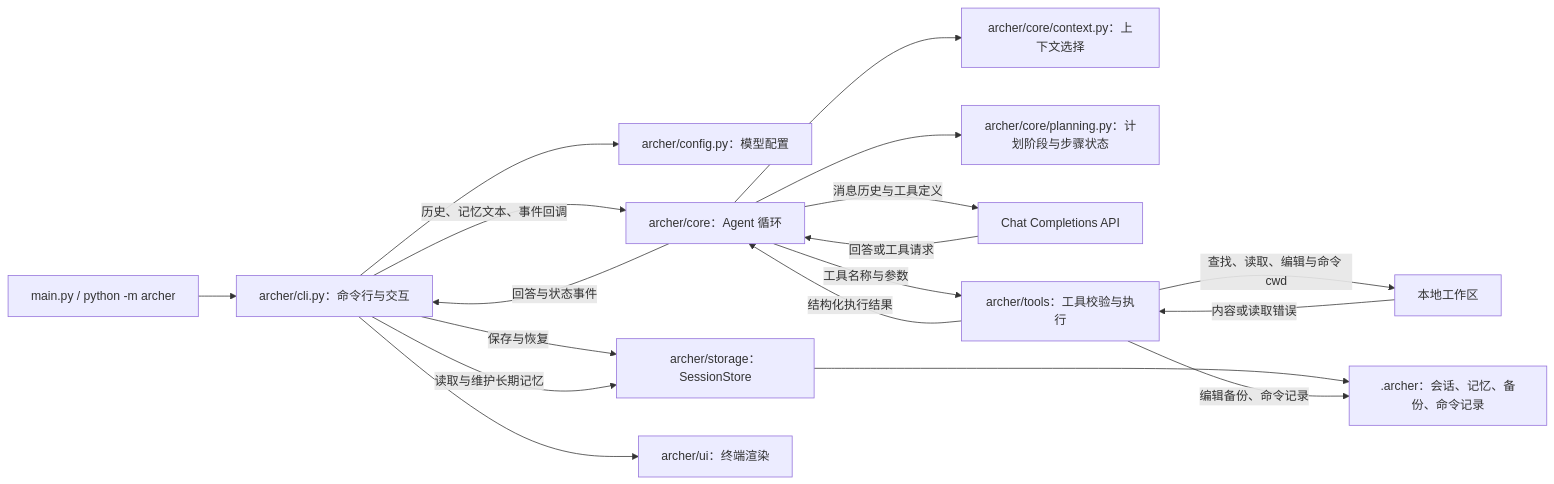
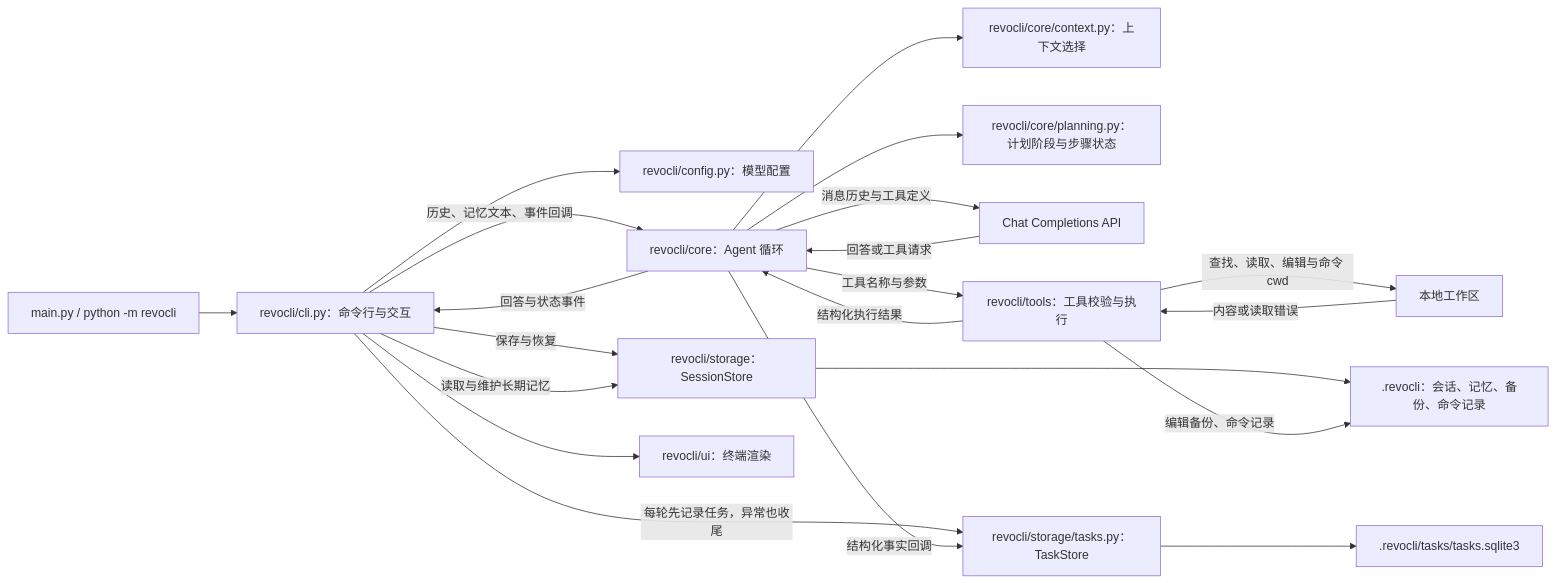
The diagram in README.md (a-xiaoyuan/RecapCLI), drawn with Mermaid before and after one commit. The commit also changed other lines of this file and 36 other files, not shown here.

````diff
--- a/README.md
+++ b/README.md
@@ -25,20 +27,23 @@
 ```mermaid
 flowchart LR
-    Entry["main.py / python -m archer"] --> CLI["archer/cli.py：命令行与交互"]
-    CLI --> Config["archer/config.py：模型配置"]
-    CLI -->|"历史、记忆文本、事件回调"| Agent["archer/core：Agent 循环"]
-    Agent --> Context["archer/core/context.py：上下文选择"]
-    Agent --> Planning["archer/core/planning.py：计划阶段与步骤状态"]
+    Entry["main.py / python -m revocli"] --> CLI["revocli/cli.py：命令行与交互"]
+    CLI --> Config["revocli/config.py：模型配置"]
+    CLI -->|"历史、记忆文本、事件回调"| Agent["revocli/core：Agent 循环"]
+    Agent --> Context["revocli/core/context.py：上下文选择"]
+    Agent --> Planning["revocli/core/planning.py：计划阶段与步骤状态"]
     Agent -->|"消息历史与工具定义"| Model["Chat Completions API"]
     Model -->|"回答或工具请求"| Agent
-    Agent -->|"工具名称与参数"| Tool["archer/tools：工具校验与执行"]
+    Agent -->|"工具名称与参数"| Tool["revocli/tools：工具校验与执行"]
     Tool -->|"查找、读取、编辑与命令 cwd"| Workspace["本地工作区"]
     Workspace -->|"内容或读取错误"| Tool
     Tool -->|"结构化执行结果"| Agent
-    CLI -->|"保存与恢复"| Session["archer/storage：SessionStore"]
+    CLI -->|"保存与恢复"| Session["revocli/storage：SessionStore"]
+    CLI -->|"每轮先记录任务，异常也收尾"| Task["revocli/storage/tasks.py：TaskStore"]
+    Agent -->|"结构化事实回调"| Task
+    Task --> TaskDB[".revocli/tasks/tasks.sqlite3"]
     CLI -->|"读取与维护长期记忆"| Session
-    Session --> Data[".archer：会话、记忆、备份、命令记录"]
+    Session --> Data[".revocli：会话、记忆、备份、命令记录"]
     Tool -->|"编辑备份、命令记录"| Data
     Agent -->|"回答与状态事件"| CLI
-    CLI --> Output["archer/ui：终端渲染"]
+    CLI --> Output["revocli/ui：终端渲染"]
 ```
````
